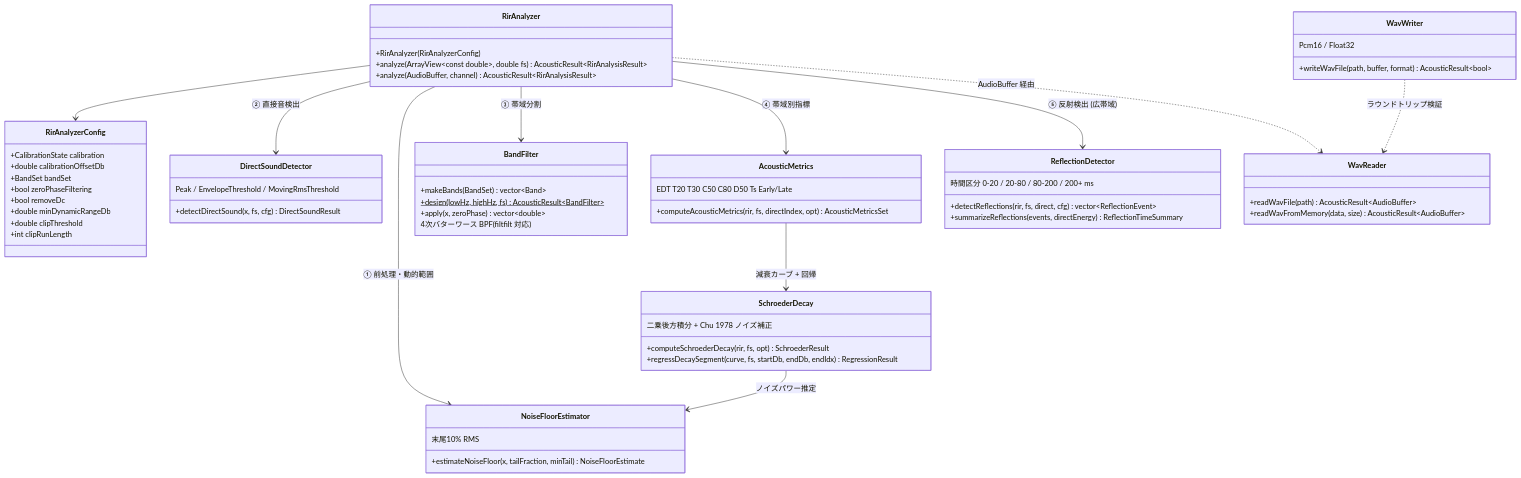
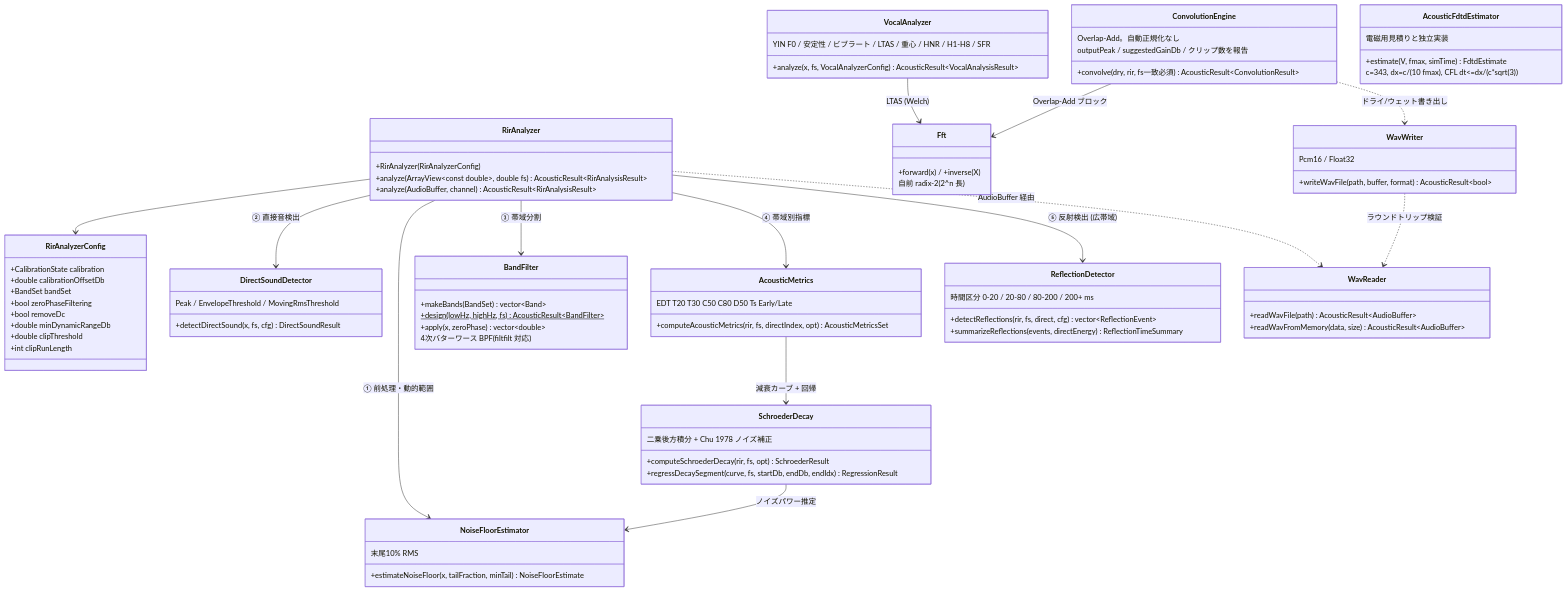
Before and after one commit to Sirokujira/OpenFDTD-X: the second of 5 diagrams in docs/opera-acoustics-architecture.md, drawn with Mermaid. The commit also changed other lines of this file and 19 other files, not shown here.

First line of the commit message:
オペラ音響分析 フェーズ3/4 コア: 歌声分析 (YIN) + FFT 畳み込み

````diff
--- a/docs/opera-acoustics-architecture.md
+++ b/docs/opera-acoustics-architecture.md
@@ -115,6 +131,24 @@
         +writeWavFile(path, buffer, format) AcousticResult~bool~
         Pcm16 / Float32
     }
+    class VocalAnalyzer {
+        +analyze(x, fs, VocalAnalyzerConfig) AcousticResult~VocalAnalysisResult~
+        YIN F0 / 安定性 / ビブラート / LTAS / 重心 / HNR / H1-H8 / SFR
+    }
+    class ConvolutionEngine {
+        +convolve(dry, rir, fs一致必須) AcousticResult~ConvolutionResult~
+        Overlap-Add。自動正規化なし
+        outputPeak / suggestedGainDb / クリップ数を報告
+    }
+    class Fft {
+        +forward(x) / +inverse(X)
+        自前 radix-2 (2^n 長)
+    }
+    class AcousticFdtdEstimator {
+        +estimate(V, fmax, simTime) FdtdEstimate
+        c=343, dx=c/(10 fmax), CFL dt<=dx/(c*sqrt(3))
+        電磁用見積りと独立実装
+    }
 
     RirAnalyzer --> RirAnalyzerConfig
     RirAnalyzer --> DirectSoundDetector : ② 直接音検出
@@ -126,4 +160,7 @@
     RirAnalyzer --> ReflectionDetector : ⑤ 反射検出 (広帯域)
     RirAnalyzer ..> WavReader : AudioBuffer 経由
     WavWriter ..> WavReader : ラウンドトリップ検証
+    VocalAnalyzer --> Fft : LTAS (Welch)
+    ConvolutionEngine --> Fft : Overlap-Add ブロック
+    ConvolutionEngine ..> WavWriter : ドライ/ウェット書き出し
 ```
````
